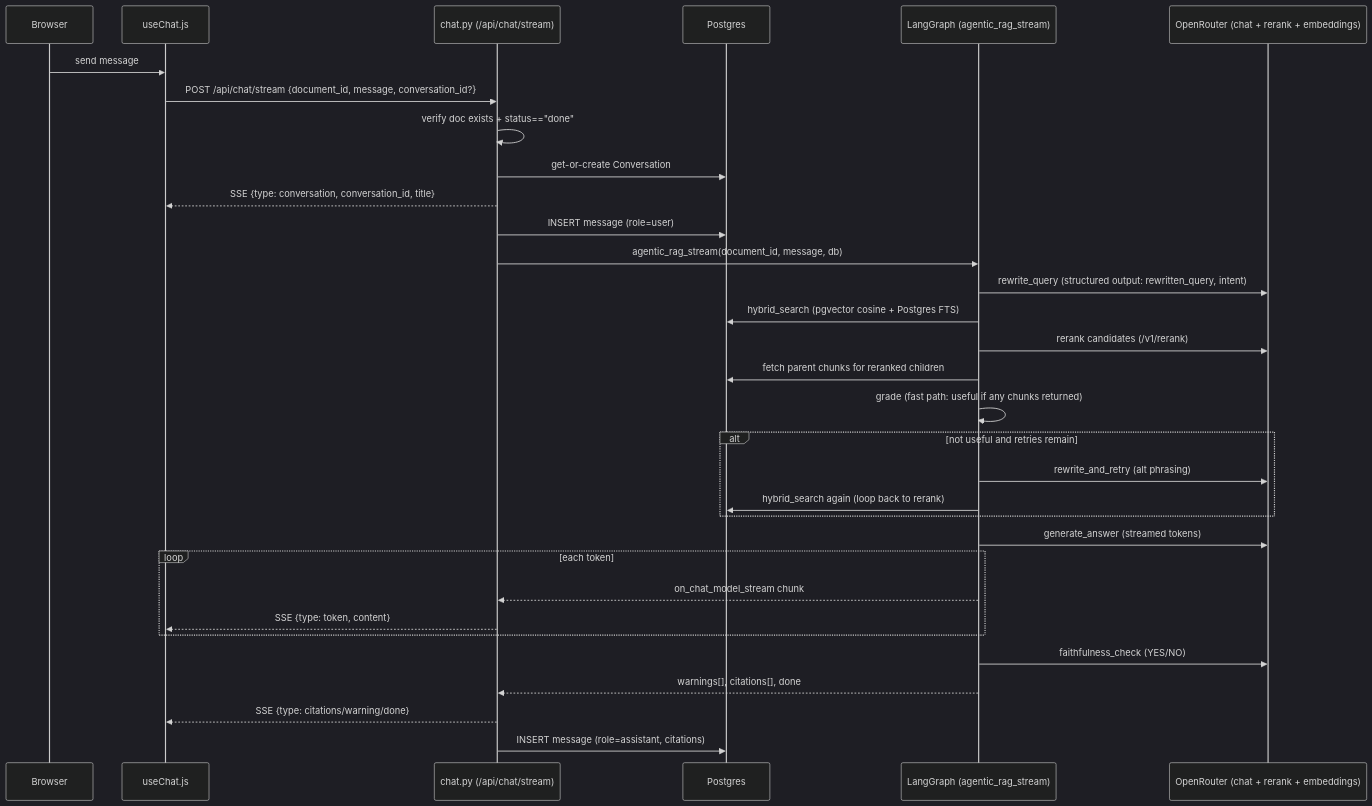
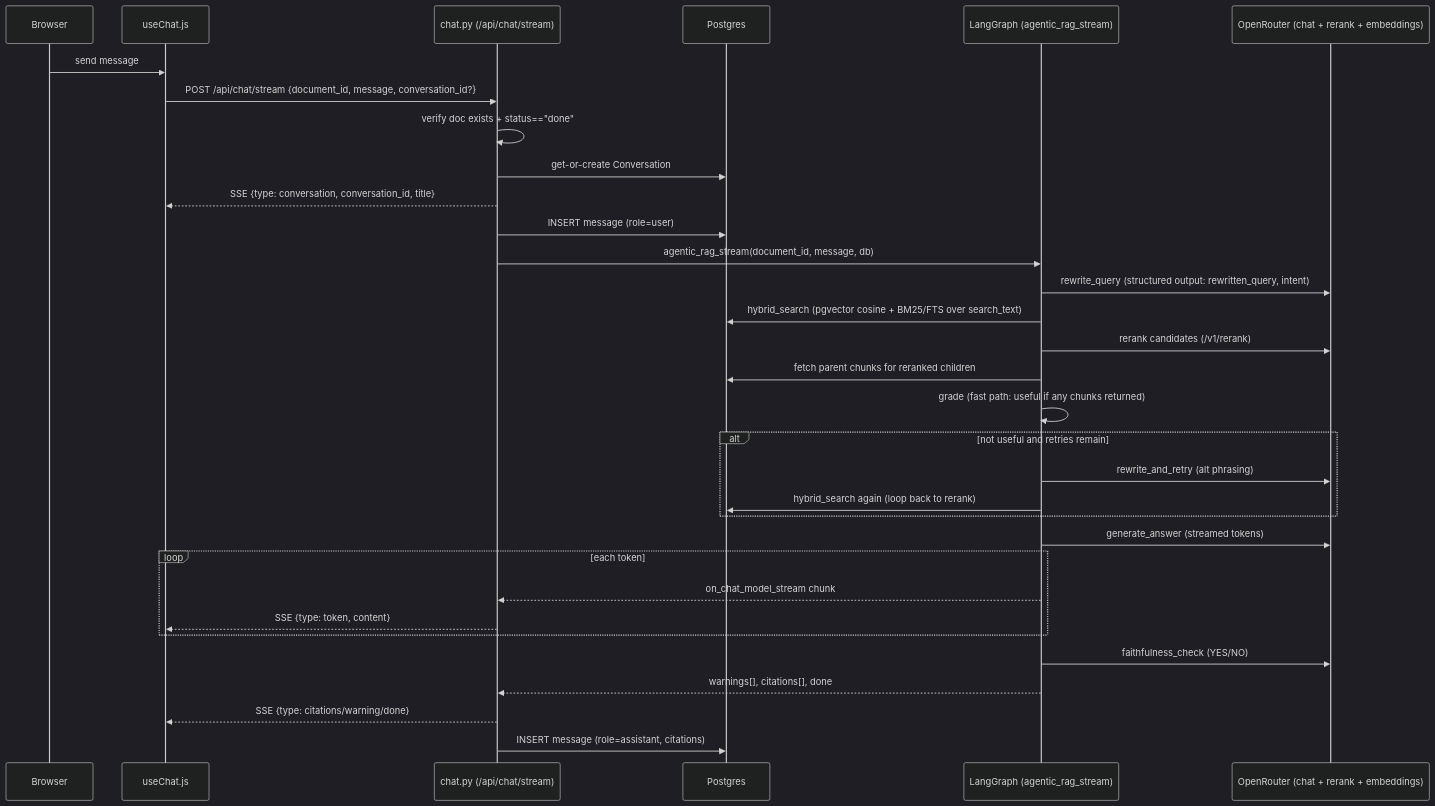
One commit to duyot/chatbot changed the third of 5 diagrams in wiki/02-flows.md. Above: the diagram before and after it, drawn with Mermaid (dark theme). The commit also changed other lines of this file and 3 other files, not shown here.

````diff
--- a/wiki/02-flows.md
+++ b/wiki/02-flows.md
@@ -89,36 +101,36 @@
 ```mermaid
 sequenceDiagram
     participant U as Browser
     participant FE as useChat.js
     participant API as chat.py (/api/chat/stream)
     participant DB as Postgres
     participant G as LangGraph (agentic_rag_stream)
     participant OR as OpenRouter (chat + rerank + embeddings)
 
     U->>FE: send message
     FE->>API: POST /api/chat/stream {document_id, message, conversation_id?}
     API->>API: verify doc exists + status=="done"
     API->>DB: get-or-create Conversation
     API-->>FE: SSE {type: conversation, conversation_id, title}
     API->>DB: INSERT message (role=user)
     API->>G: agentic_rag_stream(document_id, message, db)
 
     G->>OR: rewrite_query (structured output: rewritten_query, intent)
-    G->>DB: hybrid_search (pgvector cosine + Postgres FTS)
+    G->>DB: hybrid_search (pgvector cosine + BM25/FTS over search_text)
     G->>OR: rerank candidates (/v1/rerank)
     G->>DB: fetch parent chunks for reranked children
     G->>G: grade (fast path: useful if any chunks returned)
     alt not useful and retries remain
         G->>OR: rewrite_and_retry (alt phrasing)
         G->>DB: hybrid_search again (loop back to rerank)
     end
     G->>OR: generate_answer (streamed tokens)
     loop each token
         G-->>API: on_chat_model_stream chunk
         API-->>FE: SSE {type: token, content}
     end
     G->>OR: faithfulness_check (YES/NO)
     G-->>API: warnings[], citations[], done
     API-->>FE: SSE {type: citations/warning/done}
     API->>DB: INSERT message (role=assistant, citations)
 ```
````
